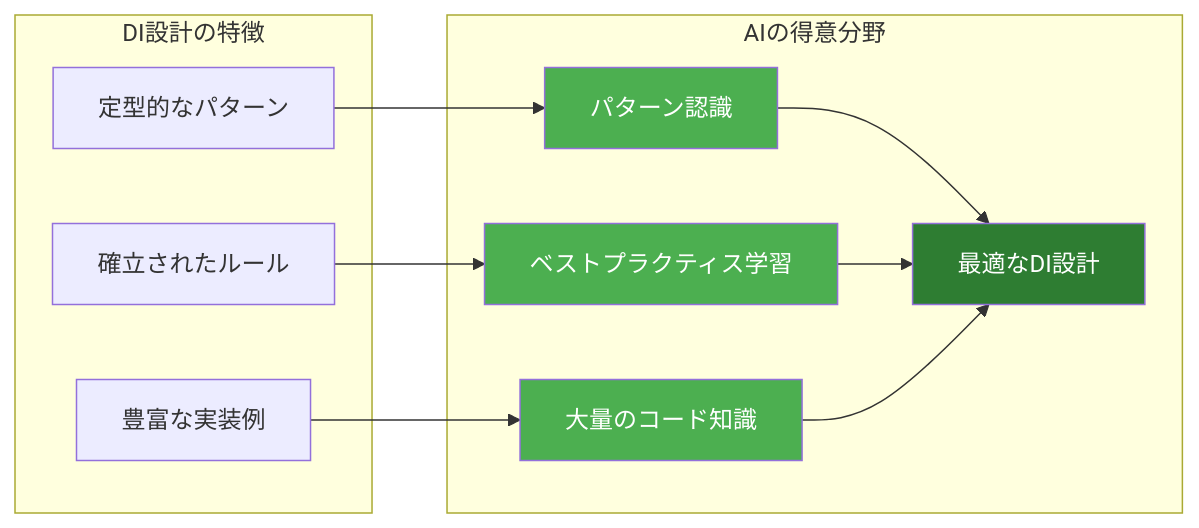
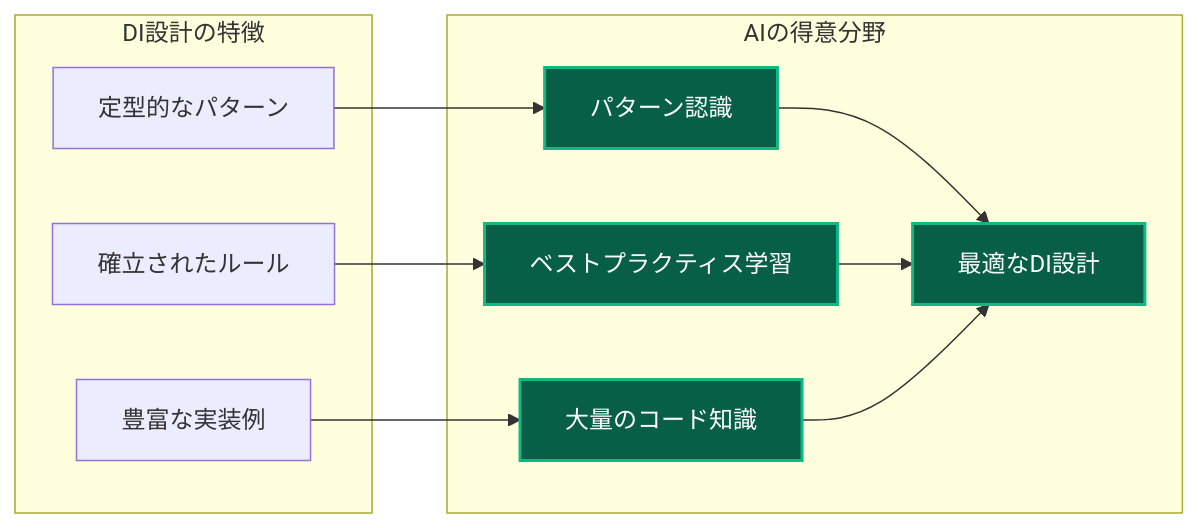
One commit to derushio/d-next-ddd-example changed the ninth of 12 diagrams in _DOCS/guides/ddd/concepts/whats-di.md. Above: the diagram before and after it, drawn with Mermaid. The commit also changed other lines of this file and 31 other files, not shown here.

Commit message:
🎨: DOCSのMermaid図表カラーテーマを暗色に統一し視認性を向上

````diff
--- a/_DOCS/guides/ddd/concepts/whats-di.md
+++ b/_DOCS/guides/ddd/concepts/whats-di.md
@@ -653,19 +653,19 @@
 ```mermaid
 graph LR
     subgraph "AIの得意分野"
         A[パターン認識] --> D[最適なDI設計]
         B[ベストプラクティス学習] --> D
         C[大量のコード知識] --> D
     end
     
     subgraph "DI設計の特徴"
         E[定型的なパターン] --> A
         F[確立されたルール] --> B
         G[豊富な実装例] --> C
     end
     
-    style A fill:#4caf50,color:#fff
-    style B fill:#4caf50,color:#fff
-    style C fill:#4caf50,color:#fff
-    style D fill:#2e7d32,color:#fff
+    style A fill:#065f46,stroke:#10b981,stroke-width:2px,color:#ffffff
+    style B fill:#065f46,stroke:#10b981,stroke-width:2px,color:#ffffff
+    style C fill:#065f46,stroke:#10b981,stroke-width:2px,color:#ffffff
+    style D fill:#065f46,stroke:#10b981,stroke-width:2px,color:#ffffff
 ```
````
